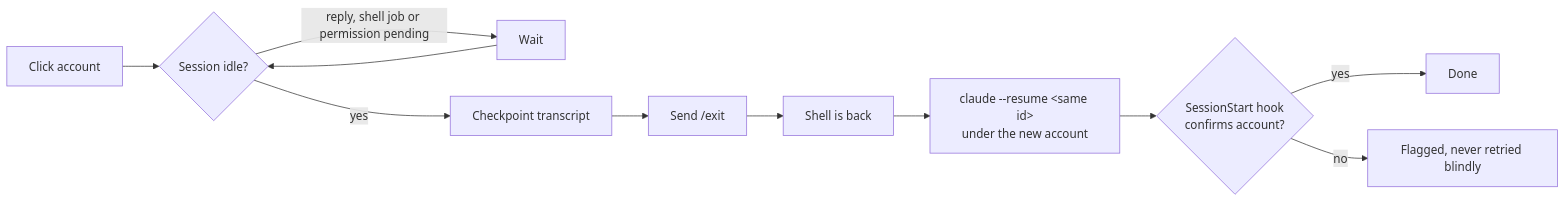
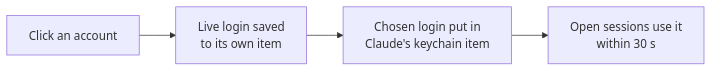
Before and after one commit to DanielT777/claude-switchboard: the diagram in README.md, drawn with Mermaid. The commit also changed other lines of this file and 48 other files, not shown here.

First line of the commit message:
Switch accounts live through the keychain; drop session restarts

````diff
--- a/README.md
+++ b/README.md
@@ -83,12 +30,6 @@
 ```mermaid
 flowchart LR
-    A[Click account] --> B{Session idle?}
-    B -- reply, shell job or permission pending --> W[Wait] --> B
-    B -- yes --> C[Checkpoint transcript]
-    C --> D["Send /exit"]
-    D --> E[Shell is back]
-    E --> F["claude --resume &lt;same id&gt;<br>under the new account"]
-    F --> G{SessionStart hook<br>confirms account?}
-    G -- yes --> H[Done]
-    G -- no --> X[Flagged, never retried blindly]
+    A[Click an account] --> B[Live login saved<br>to its own item]
+    B --> C[Chosen login put in<br>Claude's keychain item]
+    C --> D[Open sessions use it<br>within 30 s]
 ```
````
